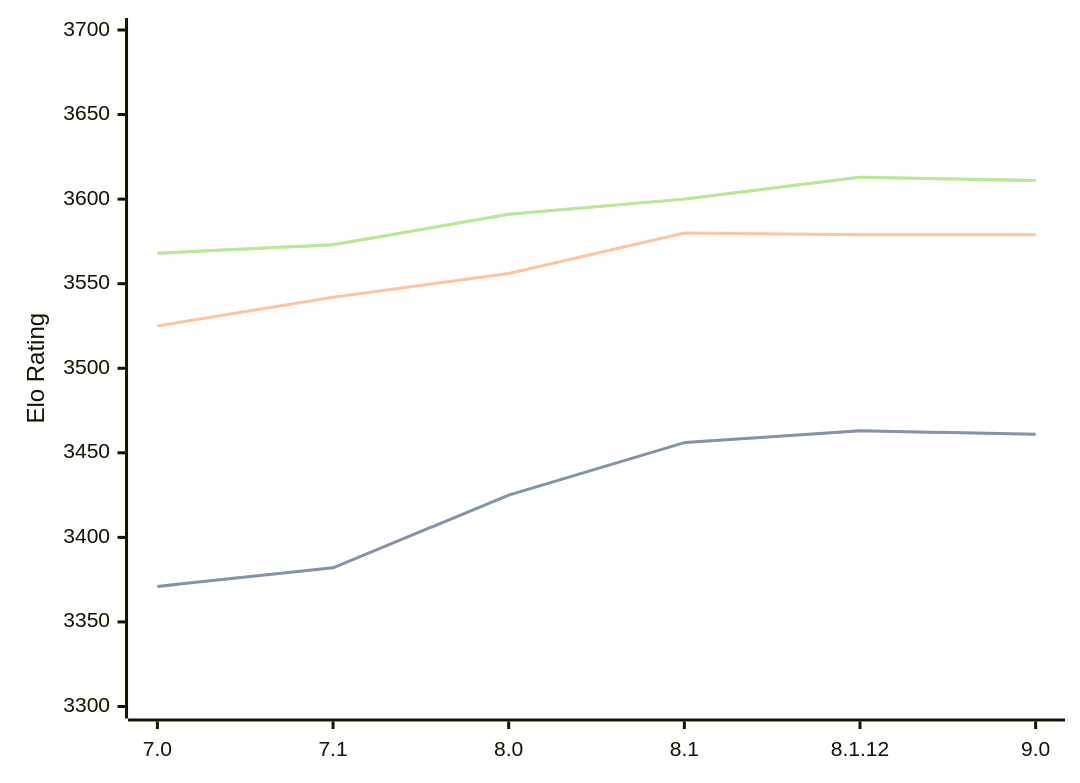
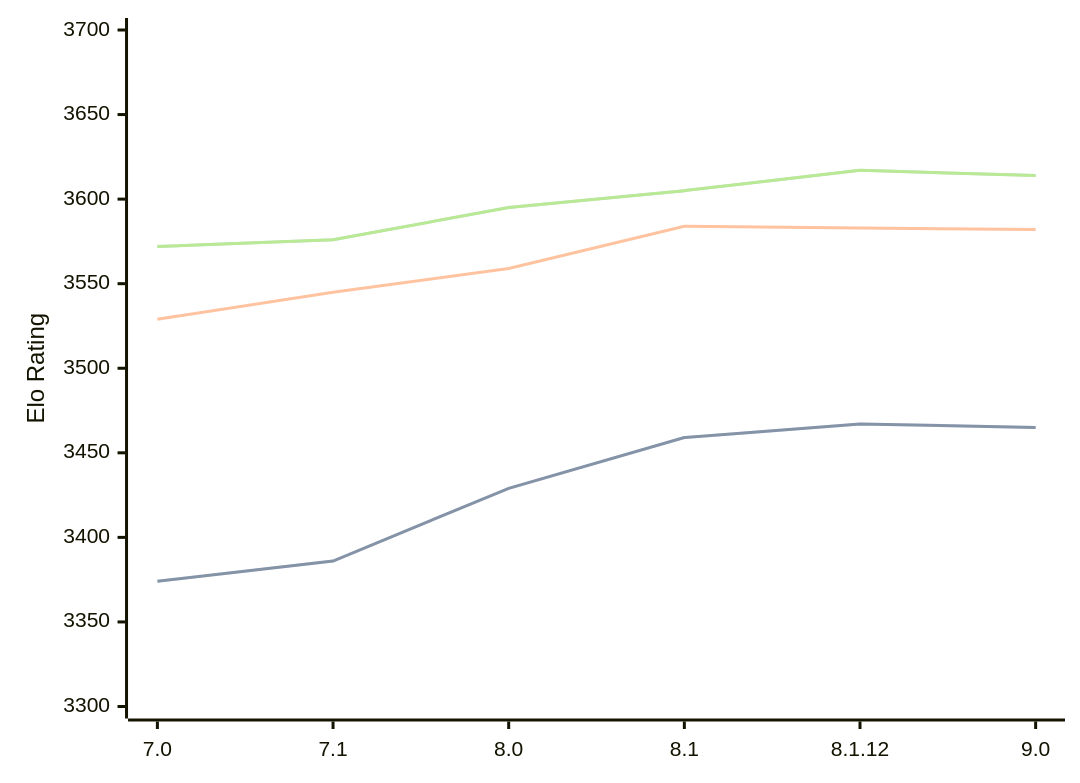
One commit to computer-chess-index/cci changed the diagram in engines/Alexandria.md. Above: the diagram before and after it, drawn with Mermaid. The commit also changed other lines of this file, not shown here.

Commit message:
Update CCI Ratings (ELO VLTC) - 2026-04-30

````diff
--- a/engines/Alexandria.md
+++ b/engines/Alexandria.md
@@ -55,11 +55,11 @@
 ```mermaid
 %%{init: {"theme":"base","themeVariables":{"seriesColors:['#a3a3a3','#222221','#faa371']}}}%%
 xychart-beta
   x-axis ["7.0", "7.1", "8.0", "8.1", "8.1.12", "9.0"]
   y-axis "Elo Rating" 3300 --> 3700
-  line "STC (8.0+0.08s)" [3371, 3382, 3425, 3456, 3463, 3461]
-  line "STC (8.0+0.08s)" [3371, 3382, 3425, 3456, 3463, 3461]
-  line "LTC (60.0+0.60s)" [3525, 3542, 3556, 3580, 3579, 3579]
-  line "VLTC (2m24s+1.12s)" [3568, 3573, 3591, 3600, 3613, 3611]
-  line "VLTC (2m24s+1.12s)" [3568, 3573, 3591, 3600, 3613, 3611]
+  line "STC (8.0+0.08s)" [3374, 3386, 3429, 3459, 3467, 3465]
+  line "STC (8.0+0.08s)" [3374, 3386, 3429, 3459, 3467, 3465]
+  line "LTC (60.0+0.60s)" [3529, 3545, 3559, 3584, 3583, 3582]
+  line "VLTC (2m24s+1.12s)" [3572, 3576, 3595, 3605, 3617, 3614]
+  line "VLTC (2m24s+1.12s)" [3572, 3576, 3595, 3605, 3617, 3614]
 ```
````
